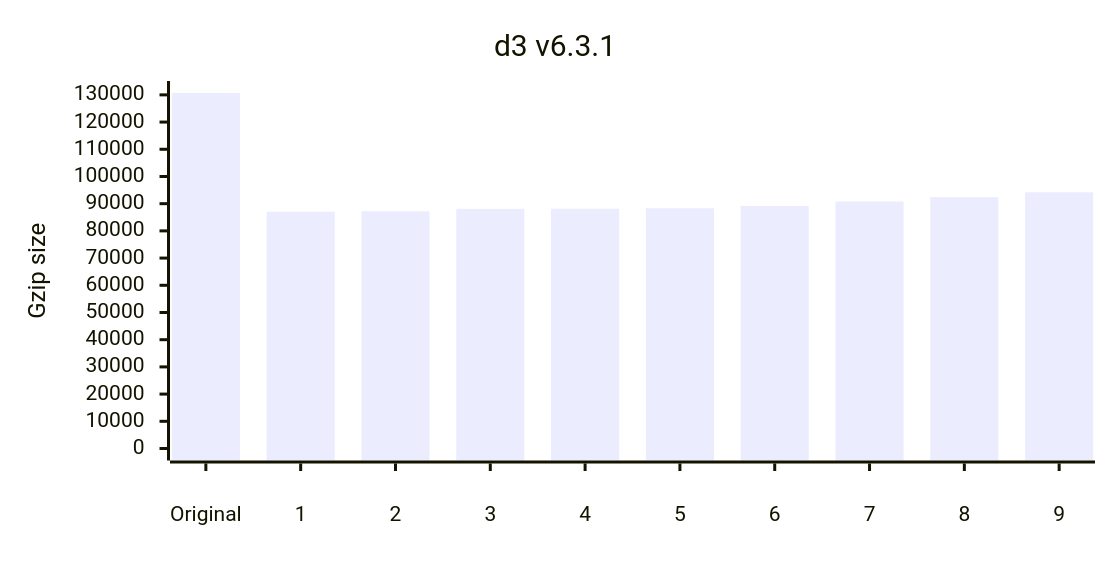
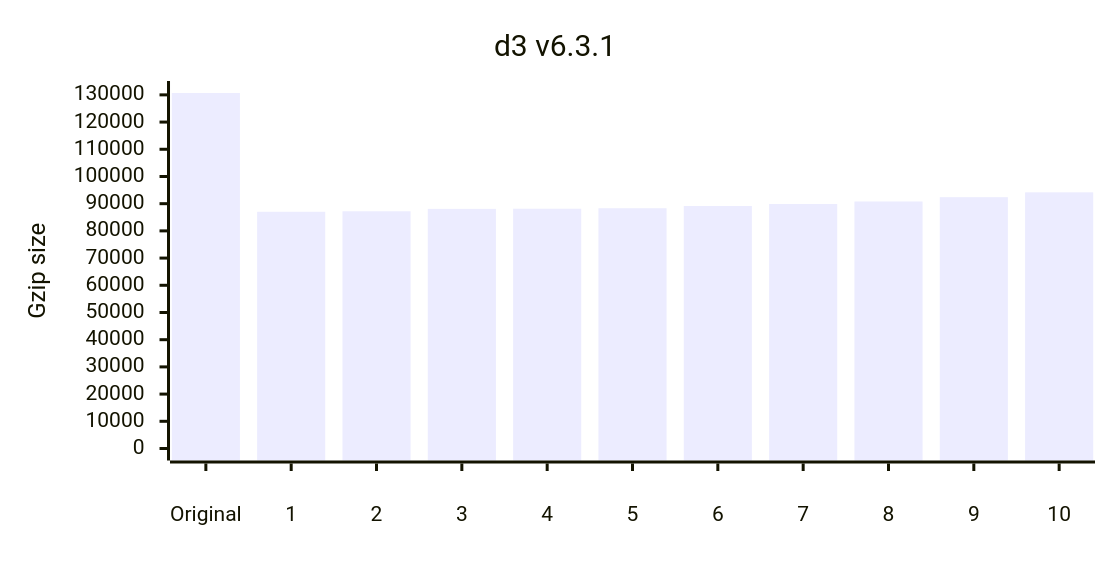
The sixth of 12 diagrams in README.md (privatenumber/minification-benchmarks), drawn with Mermaid before and after one commit. The commit also changed other lines of this file and 1 other file, not shown here.

````diff
--- a/README.md
+++ b/README.md
@@ -277,17 +277,17 @@
 ```mermaid
 ---
 config:
     xyChart:
         width: 720
         height: 360
         xAxis:
             labelPadding: 20
         yAxis:
             labelPadding: 10
 ---
 xychart-beta
 	title "d3 v6.3.1"
-	x-axis ["Original",1,2,3,4,5,6,7,8,9]
+	x-axis ["Original",1,2,3,4,5,6,7,8,9,10]
 	y-axis "Gzip size" 0 --> 130686
-	bar [130686,87016,87205,88087,88148,88319,89156,90800,92395,94166]
+	bar [130686,87016,87205,88087,88148,88319,89156,89882,90800,92395,94166]
 ```
````
